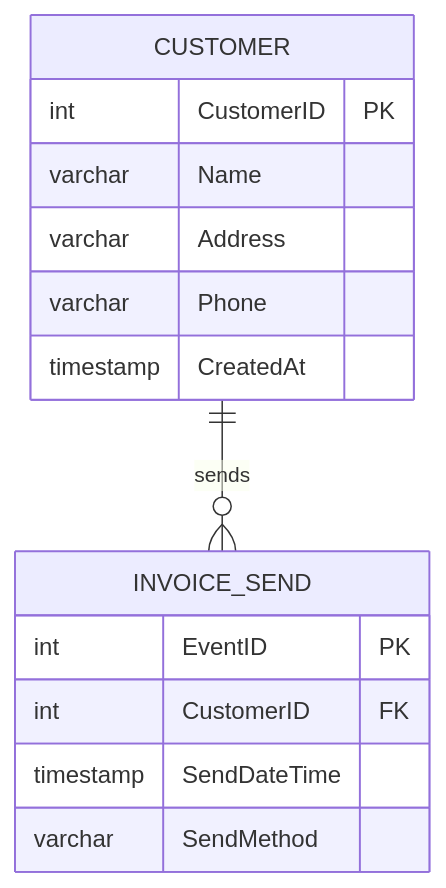
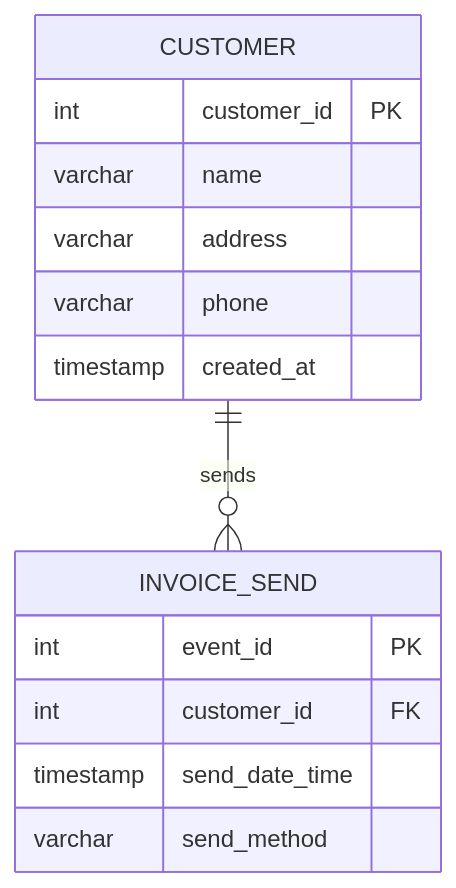
The diagram in .claude/skills/data-modeler-skill/SKILL.md (tis-abe-akira/cc-data-modeler), drawn with Mermaid before and after one commit. The commit also changed other lines of this file and 15 other files, not shown here.

````diff
--- a/.claude/skills/data-modeler-skill/SKILL.md
+++ b/.claude/skills/data-modeler-skill/SKILL.md
@@ -1613,17 +1613,17 @@
 ```mermaid
 erDiagram
     CUSTOMER ||--o{ INVOICE_SEND : "sends"
     CUSTOMER {
-        int CustomerID PK
-        varchar Name
-        varchar Address
-        varchar Phone
-        timestamp CreatedAt
+        int customer_id PK
+        varchar name
+        varchar address
+        varchar phone
+        timestamp created_at
     }
     INVOICE_SEND {
-        int EventID PK
-        int CustomerID FK
-        timestamp SendDateTime
-        varchar SendMethod
+        int event_id PK
+        int customer_id FK
+        timestamp send_date_time
+        varchar send_method
     }
 ```
````
